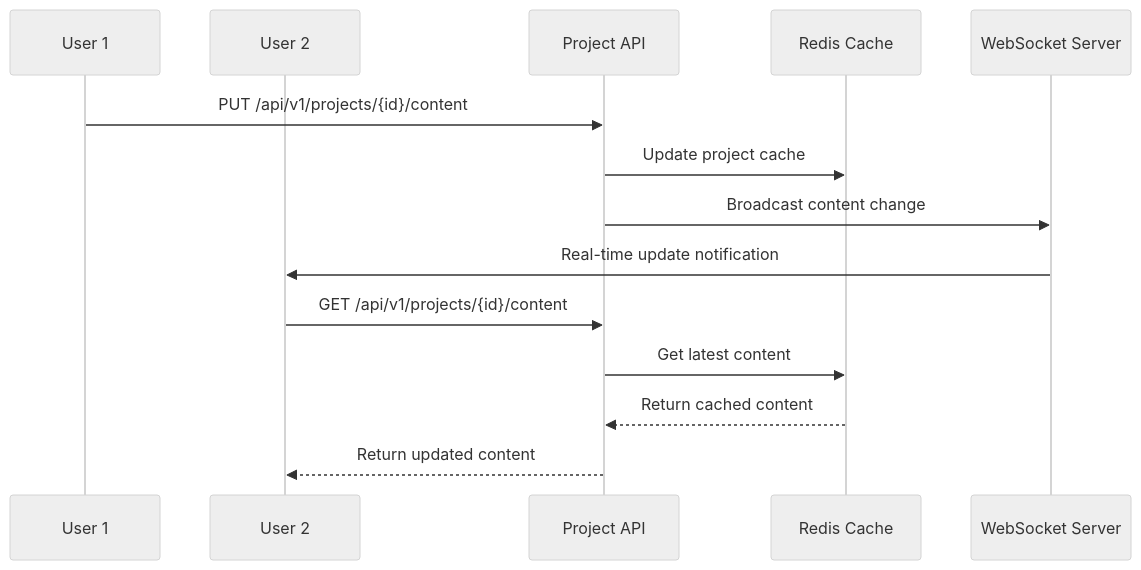
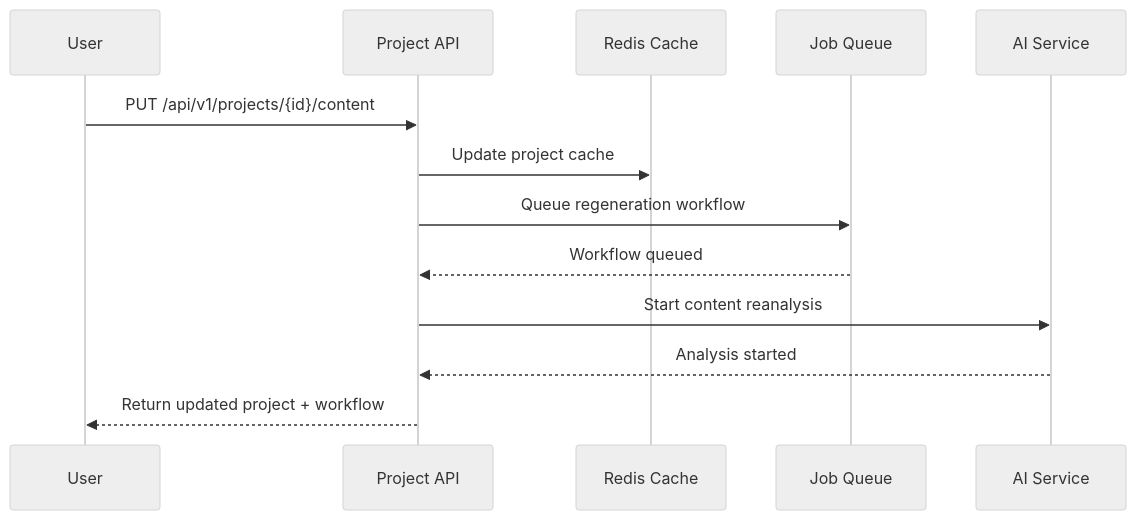
Before and after one commit to VisioBook-ESP/docs-architecture: the third of 4 diagrams in docs/api/core-project-service.md, drawn with Mermaid (neutral theme). The commit also changed other lines of this file and 6 other files, not shown here.

````diff
--- a/docs/api/core-project-service.md
+++ b/docs/api/core-project-service.md
@@ -1219,17 +953,16 @@
 ```mermaid
 sequenceDiagram
-    participant User1 as User 1
-    participant User2 as User 2
+    participant User as User
     participant API as Project API
     participant Redis as Redis Cache
-    participant WebSocket as WebSocket Server
+    participant Queue as Job Queue
+    participant AISvc as AI Service
 
-    User1->>API: PUT /api/v1/projects/{id}/content
+    User->>API: PUT /api/v1/projects/{id}/content
     API->>Redis: Update project cache
-    API->>WebSocket: Broadcast content change
-    WebSocket->>User2: Real-time update notification
-    User2->>API: GET /api/v1/projects/{id}/content
-    API->>Redis: Get latest content
-    Redis-->>API: Return cached content
-    API-->>User2: Return updated content
+    API->>Queue: Queue regeneration workflow
+    Queue-->>API: Workflow queued
+    API->>AISvc: Start content reanalysis
+    AISvc-->>API: Analysis started
+    API-->>User: Return updated project + workflow
 ```
````
